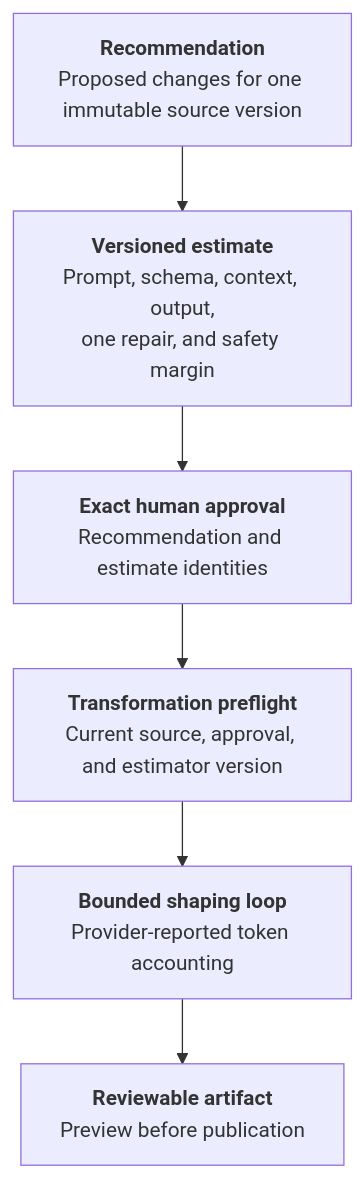
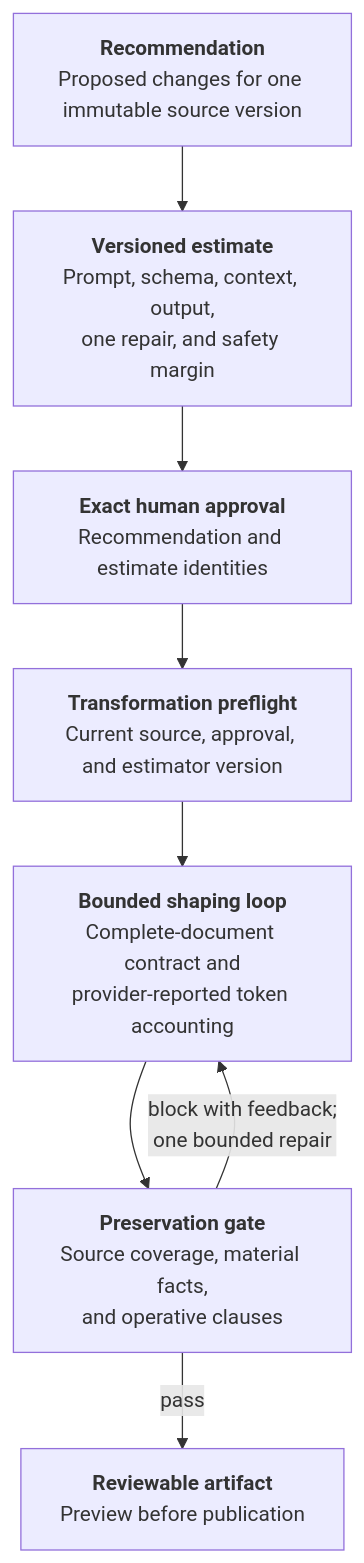
The seventh of 7 diagrams in docs/architecture.md (stjeffer/shaper), drawn with Mermaid before and after one commit. The commit also changed other lines of this file and 11 other files, not shown here.

First line of the commit message:
fix(transformation): preserve complete source content

````diff
--- a/docs/architecture.md
+++ b/docs/architecture.md
@@ -589,22 +589,29 @@
 ```mermaid
 flowchart TB
     recommendation["`**Recommendation**
 Proposed changes for one immutable source version`"]
     estimate["`**Versioned estimate**
 Prompt, schema, context, output,
 one repair, and safety margin`"]
     approval["`**Exact human approval**
 Recommendation and estimate identities`"]
     preflight["`**Transformation preflight**
 Current source, approval, and estimator version`"]
     shaping["`**Bounded shaping loop**
-Provider-reported token accounting`"]
+Complete-document contract and
+provider-reported token accounting`"]
+    preservation["`**Preservation gate**
+Source coverage, material facts,
+and operative clauses`"]
     artifact["`**Reviewable artifact**
 Preview before publication`"]
 
     recommendation --> estimate
     estimate --> approval
     approval --> preflight
     preflight --> shaping
-    shaping --> artifact
+    shaping --> preservation
+    preservation -->|"`pass`"| artifact
+    preservation -->|"`block with feedback;
+one bounded repair`"| shaping
 ```
````
